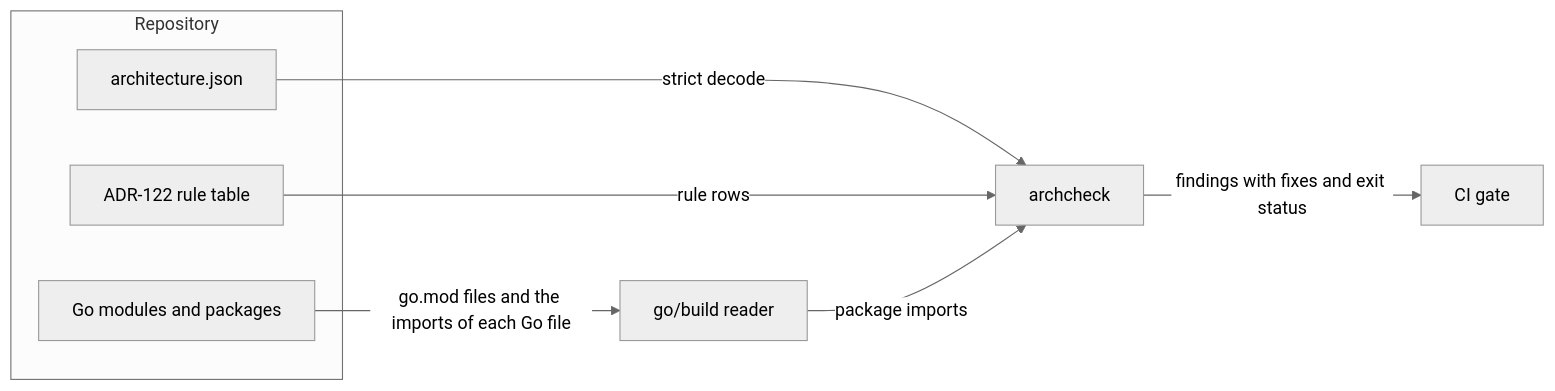
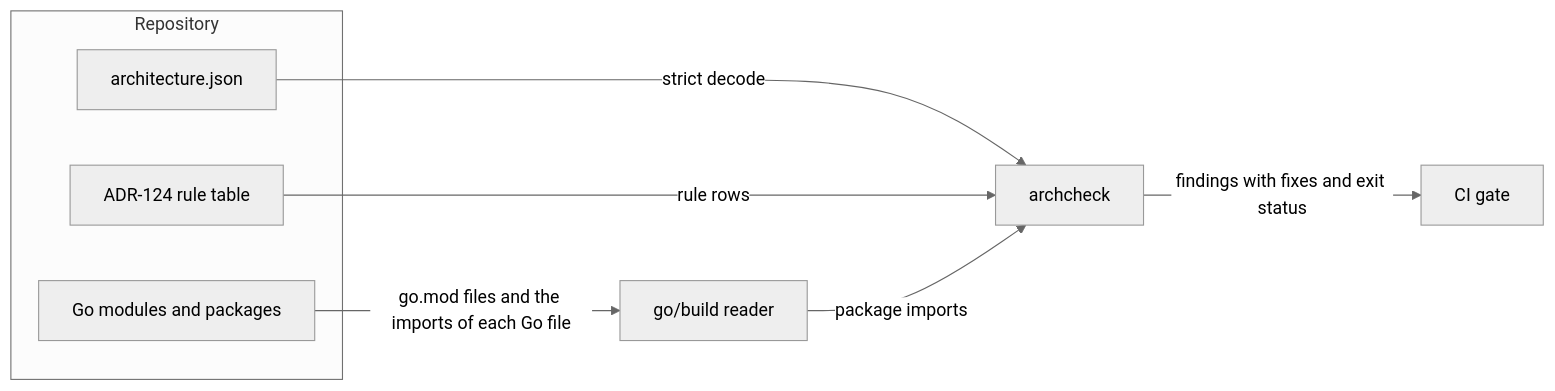
The diagram in docs/decisions/issue-1775-go-architecture-model-design.md (OpenRAE/rae), drawn with Mermaid (neutral theme) before and after one commit. The commit also changed other lines of this file and 51760 other files, not shown here.

````diff
--- a/docs/decisions/issue-1775-go-architecture-model-design.md
+++ b/docs/decisions/issue-1775-go-architecture-model-design.md
@@ -43,13 +43,13 @@
 ```mermaid
 flowchart LR
     subgraph Repository
         Model[architecture.json]
-        ADR[ADR-122 rule table]
+        ADR[ADR-124 rule table]
         Code[Go modules and packages]
     end
     Code -->|go.mod files and the imports of each Go file| List[go/build reader]
     Model -->|strict decode| Check[archcheck]
     ADR -->|rule rows| Check
     List -->|package imports| Check
     Check -->|findings with fixes and exit status| Gate[CI gate]
 ```
````
